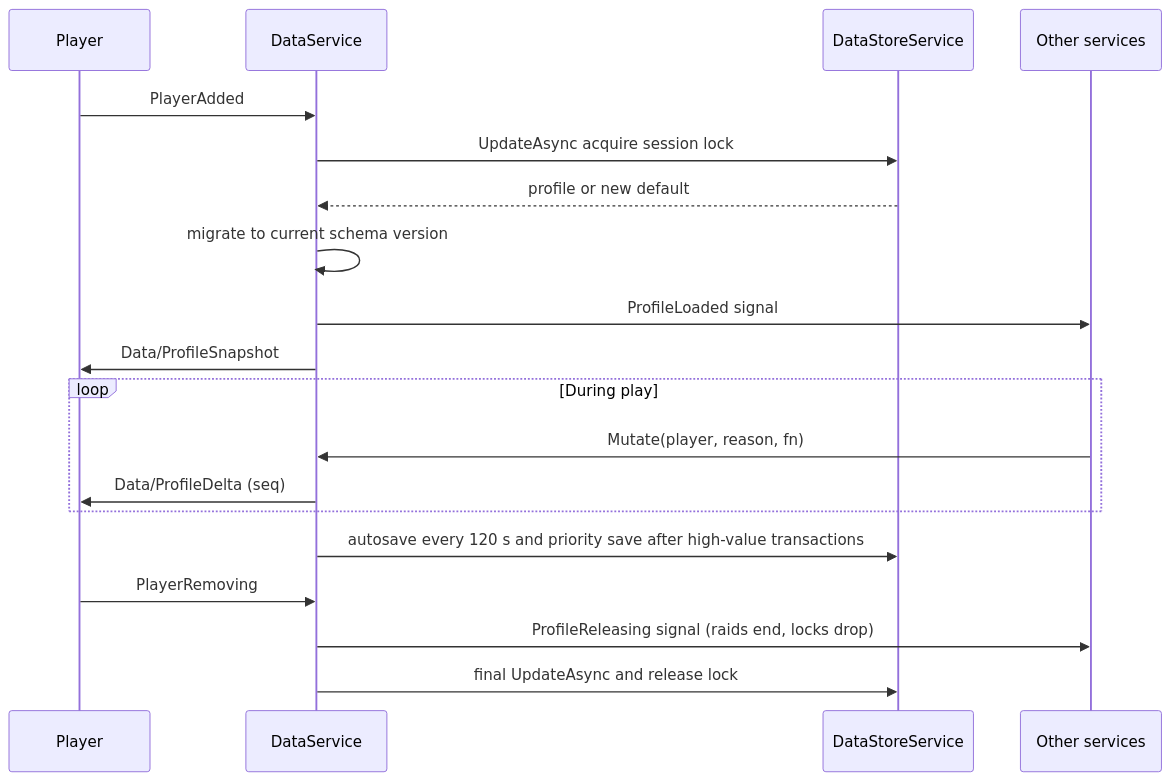
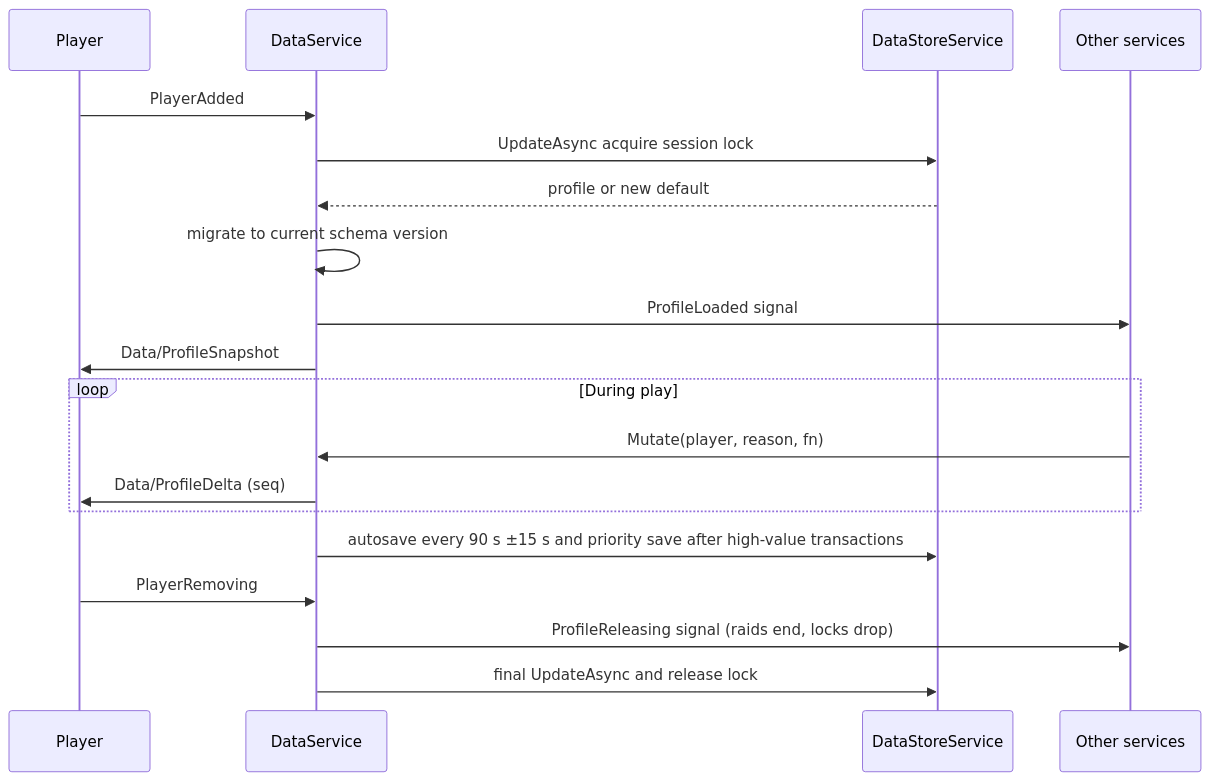
One commit to shrp1434/ZeroCheat changed the fifth of 5 diagrams in Fight Animals for Eggs - Game Design Bible/15 - TECHNICAL ARCHITECTURE/Architecture Overview.md. Above: the diagram before and after it, drawn with Mermaid. The commit also changed 39 other files, not shown here.

````diff
--- a/Fight Animals for Eggs - Game Design Bible/15 - TECHNICAL ARCHITECTURE/Architecture Overview.md
+++ b/Fight Animals for Eggs - Game Design Bible/15 - TECHNICAL ARCHITECTURE/Architecture Overview.md
@@ -270,21 +270,21 @@
 ```mermaid
 sequenceDiagram
     participant P as Player
     participant D as DataService
     participant S as DataStoreService
     participant X as Other services
     P->>D: PlayerAdded
     D->>S: UpdateAsync acquire session lock
     S-->>D: profile or new default
     D->>D: migrate to current schema version
     D->>X: ProfileLoaded signal
     D->>P: Data/ProfileSnapshot
     loop During play
         X->>D: Mutate(player, reason, fn)
         D->>P: Data/ProfileDelta (seq)
     end
-    D->>S: autosave every 120 s and priority save after high-value transactions
+    D->>S: autosave every 90 s ±15 s and priority save after high-value transactions
     P->>D: PlayerRemoving
     D->>X: ProfileReleasing signal (raids end, locks drop)
     D->>S: final UpdateAsync and release lock
 ```
````
